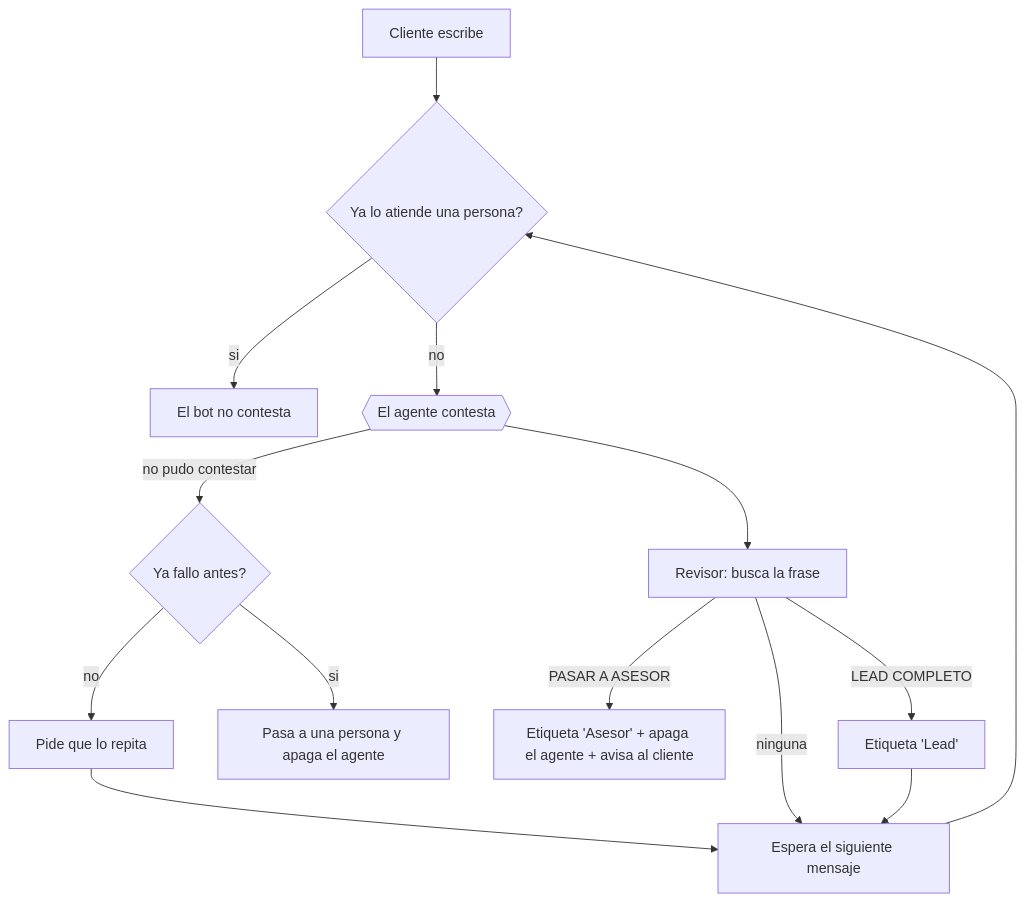
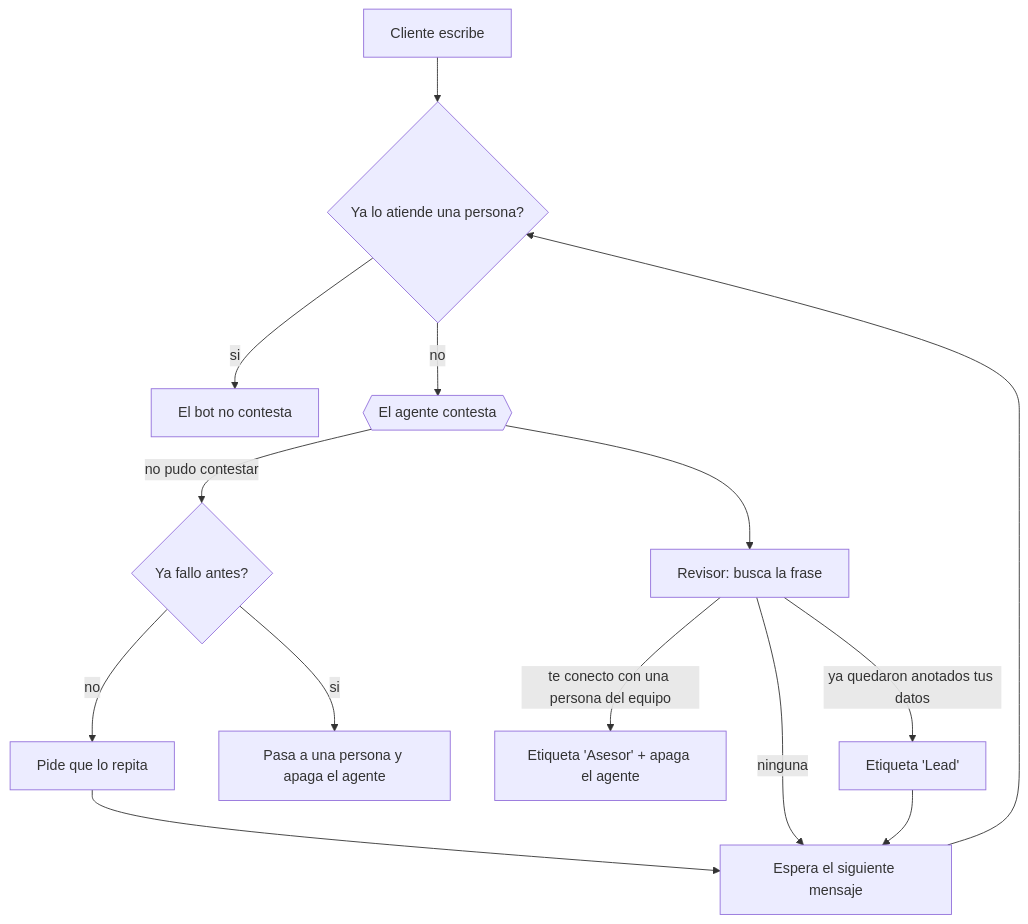
One commit to laestrategiamd/plugins-botcake changed the diagram in plugins/botcake-mi-primer-bot/skills/botcake-mi-primer-bot/references/05-flujo.md. Above: the diagram before and after it, drawn with Mermaid. The commit also changed other lines of this file and 6 other files, not shown here.

````diff
--- a/plugins/botcake-mi-primer-bot/skills/botcake-mi-primer-bot/references/05-flujo.md
+++ b/plugins/botcake-mi-primer-bot/skills/botcake-mi-primer-bot/references/05-flujo.md
@@ -91,16 +95,16 @@
 ```mermaid
 flowchart TD
     A[Cliente escribe] --> P{Ya lo atiende una persona?}
     P -->|si| S[El bot no contesta]
     P -->|no| C{{El agente contesta}}
     C --> D[Revisor: busca la frase]
     C -->|no pudo contestar| R{Ya fallo antes?}
     R -->|no| Q[Pide que lo repita]
     Q --> W
     R -->|si| H[Pasa a una persona y apaga el agente]
-    D -->|PASAR A ASESOR| E[Etiqueta 'Asesor' + apaga el agente + avisa al cliente]
-    D -->|LEAD COMPLETO| F[Etiqueta 'Lead']
+    D -->|"te conecto con una persona del equipo"| E[Etiqueta 'Asesor' + apaga el agente]
+    D -->|"ya quedaron anotados tus datos"| F[Etiqueta 'Lead']
     D -->|ninguna| W[Espera el siguiente mensaje]
     F --> W
     W --> P
 ```
````
